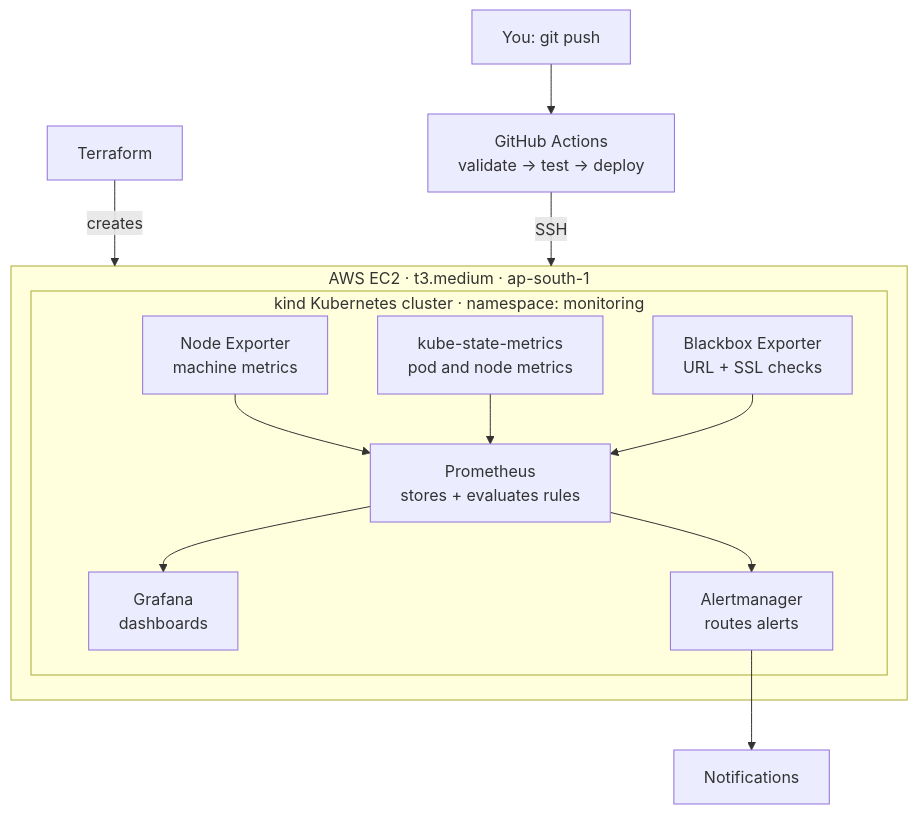
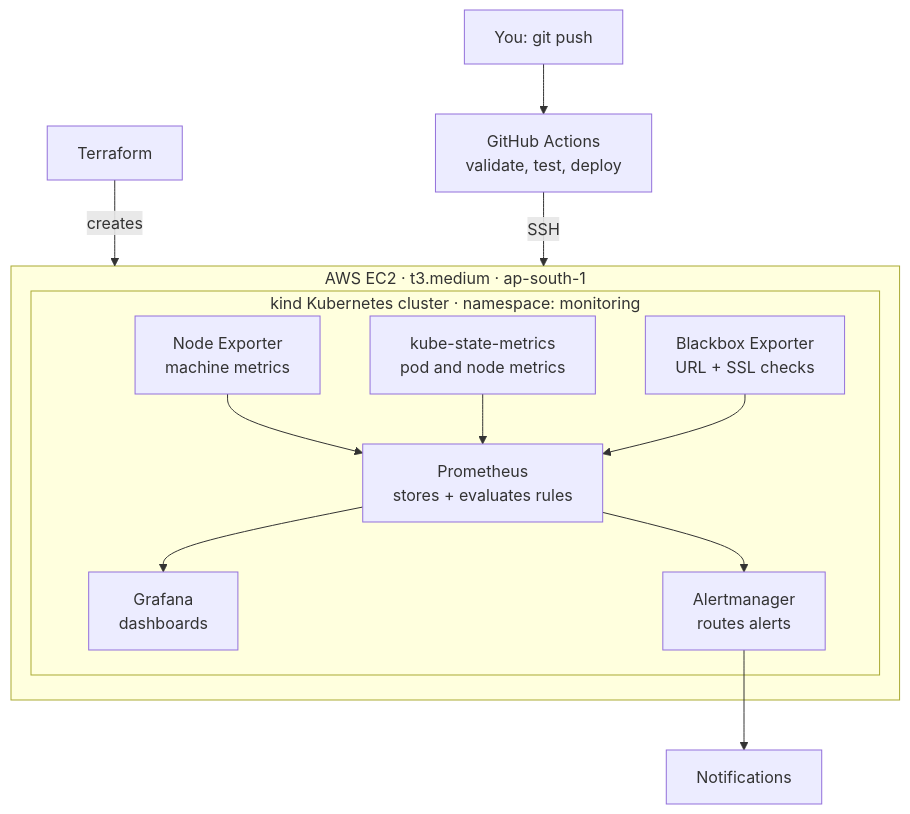
Before and after one commit to Shubhamx18/overwatch: the first of 5 diagrams in README.md, drawn with Mermaid. The commit also changed other lines of this file, not shown here.

````diff
--- a/README.md
+++ b/README.md
@@ -117,18 +129,18 @@
 ```mermaid
 flowchart TB
-    dev["You: git push"] --> gha["GitHub Actions<br/>validate → test → deploy"]
+    dev["You: git push"] --> gha["GitHub Actions<br/>validate, test, deploy"]
     tf["Terraform"] -- creates --> ec2
     gha -- SSH --> ec2
 
     subgraph ec2["AWS EC2 · t3.medium · ap-south-1"]
         subgraph kind["kind Kubernetes cluster · namespace: monitoring"]
             ne["Node Exporter<br/>machine metrics"] --> prom["Prometheus<br/>stores + evaluates rules"]
             ksm["kube-state-metrics<br/>pod and node metrics"] --> prom
             bb["Blackbox Exporter<br/>URL + SSL checks"] --> prom
             prom --> graf["Grafana<br/>dashboards"]
             prom --> am["Alertmanager<br/>routes alerts"]
         end
     end
 
     am --> notif["Notifications"]
 ```
````
